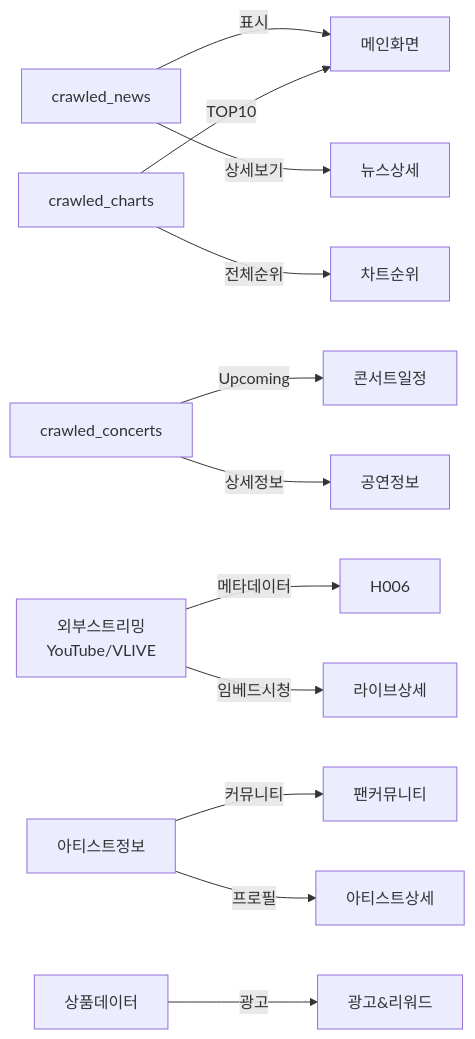
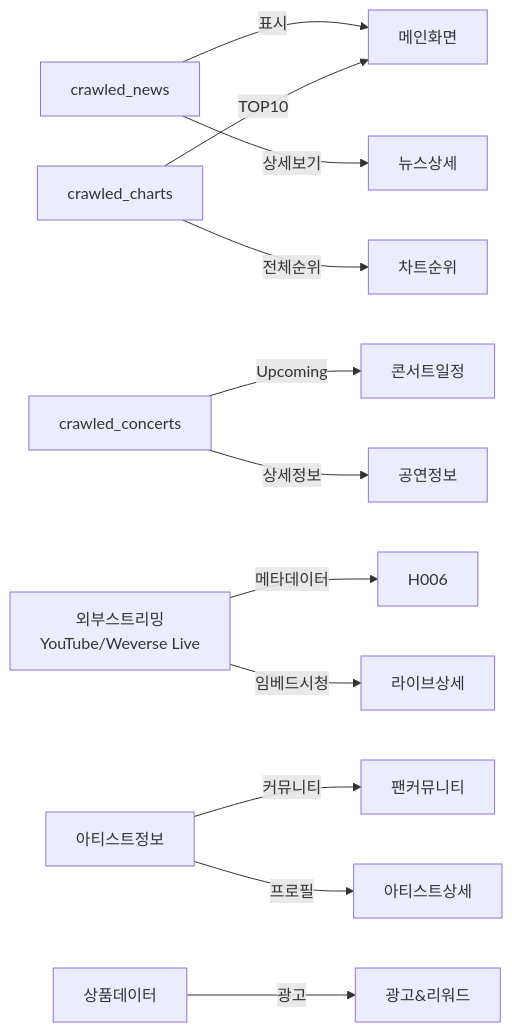
One commit to jskjw157/FanPulse changed the diagram in doc/크롤링.md. Above: the diagram before and after it, drawn with Mermaid. The commit also changed other lines of this file and 20 other files, not shown here.

````diff
--- a/doc/크롤링.md
+++ b/doc/크롤링.md
@@ -130,19 +130,19 @@
 ```mermaid
 flowchart LR
     CrawledNews[crawled_news] -->|표시| H001[메인화면]
     CrawledNews -->|상세보기| H011[뉴스상세]
 
     CrawledCharts[crawled_charts] -->|TOP10| H001
     CrawledCharts -->|전체순위| H005[차트순위]
 
     CrawledConcerts[crawled_concerts] -->|Upcoming| H007[콘서트일정]
     CrawledConcerts -->|상세정보| H015[공연정보]
 
-    ExternalStream[외부스트리밍<br>YouTube/VLIVE] -->|메타데이터| H006
+    ExternalStream[외부스트리밍<br>YouTube/Weverse Live] -->|메타데이터| H006
     ExternalStream -->|임베드시청| H019[라이브상세]
 
     ArtistInfo[아티스트정보] -->|커뮤니티| H003[팬커뮤니티]
     ArtistInfo -->|프로필| H014[아티스트상세]
 
     ProductData[상품데이터] -->|광고| H008[광고&리워드]
 ```
````
